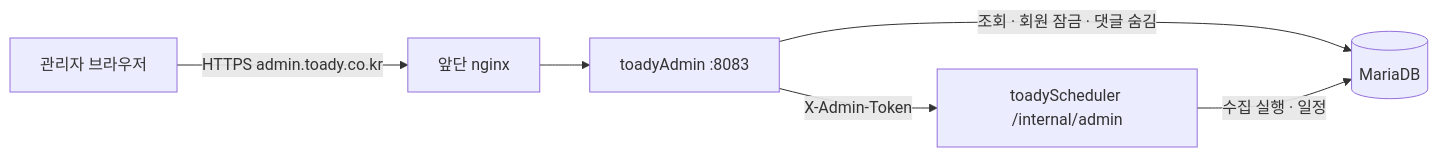
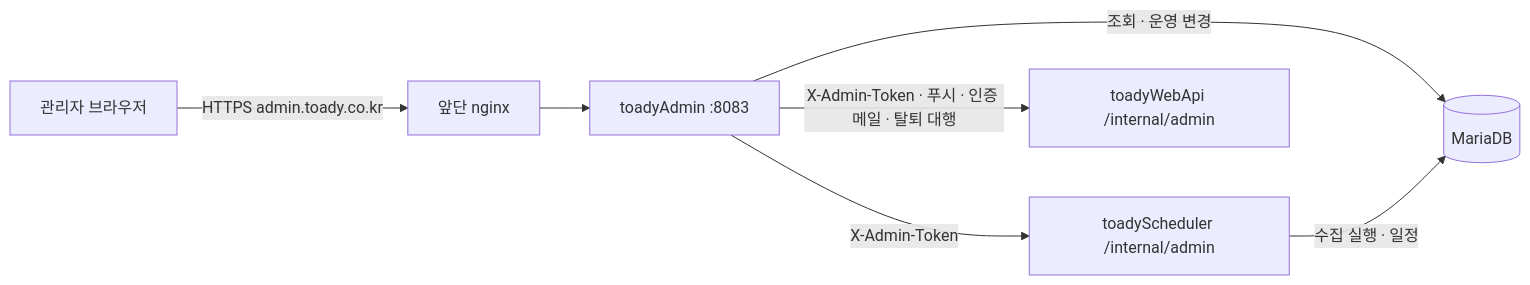
The diagram in toadyAdmin/README.md (hyunyoul1004/toady), drawn with Mermaid before and after one commit. The commit also changed other lines of this file and 80 other files, not shown here.

````diff
--- a/toadyAdmin/README.md
+++ b/toadyAdmin/README.md
@@ -22,7 +32,8 @@
 ```mermaid
 flowchart LR
     Browser["관리자 브라우저"] -->|HTTPS admin.toady.co.kr| Nginx["앞단 nginx"] --> Admin["toadyAdmin :8083"]
-    Admin -->|조회 · 회원 잠금 · 댓글 숨김| DB[("MariaDB")]
+    Admin -->|조회 · 운영 변경| DB[("MariaDB")]
     Admin -->|X-Admin-Token| Scheduler["toadyScheduler /internal/admin"]
+    Admin -->|X-Admin-Token · 푸시 · 인증 메일 · 탈퇴 대행| Api["toadyWebApi /internal/admin"]
     Scheduler -->|수집 실행 · 일정| DB
 ```
````
